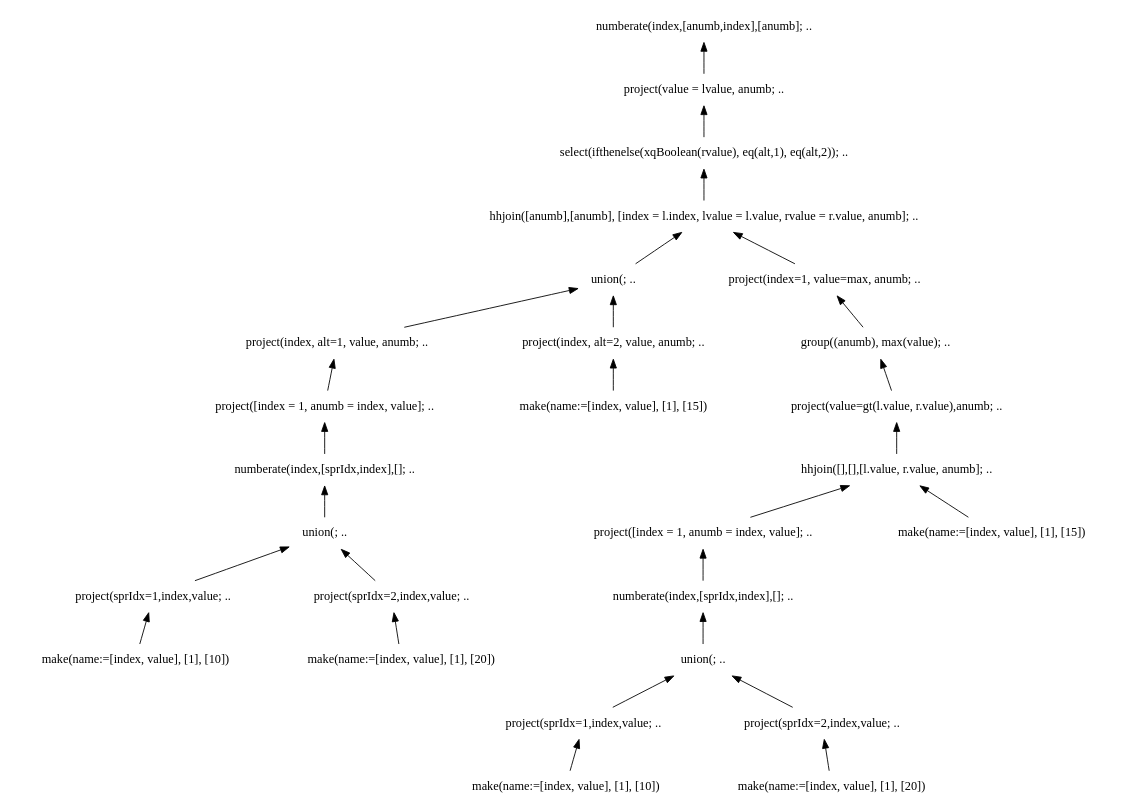
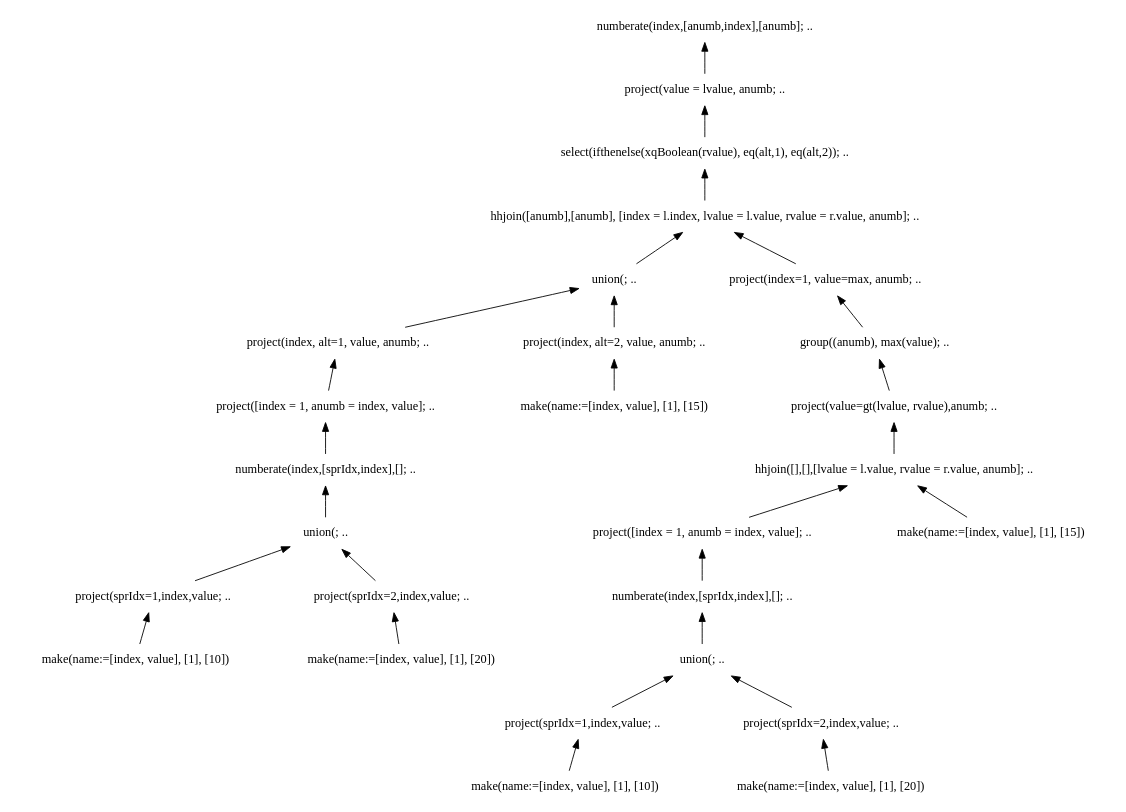
The diagram in doc/img/graphs/td_impl_flwor_ifthenelse.xq_relalg.dot (andrerav/xqft-parser), drawn with Graphviz before and after one commit. The commit also changed 2 other files, not shown here.

```diff
--- a/doc/img/graphs/td_impl_flwor_ifthenelse.xq_relalg.dot
+++ b/doc/img/graphs/td_impl_flwor_ifthenelse.xq_relalg.dot
@@ -1,58 +1,58 @@
 digraph AST {
 edge [color=black, dir=both, weight=1, fontcolor=black, arrowhead=none, arrowtail=normal]
 node [shape=plaintext]
   numberate1 -> project2
     project2 -> select3
       select3 -> hhjoin4
         hhjoin4 -> union5
           union5 -> project6
             project6 -> project7
               project7 -> numberate8
                 numberate8 -> union9
                   union9 -> project10
                     project10 -> make11
 make11 [label="make(name:=[index, value], [1], [10])"]
 project10 [label="project(sprIdx=1,index,value; .."]
                     union9 -> project12
                       project12 -> make13
 make13 [label="make(name:=[index, value], [1], [20])"]
 project12 [label="project(sprIdx=2,index,value; .."]
 union9 [label="union(; .."]
 numberate8 [label="numberate(index,[sprIdx,index],[]; .."]
 project7 [label="project([index = 1, anumb = index, value]; .."]
 project6 [label="project(index, alt=1, value, anumb; .."]
             union5 -> project14
               project14 -> make15
 make15 [label="make(name:=[index, value], [1], [15])"]
 project14 [label="project(index, alt=2, value, anumb; .."]
 union5 [label="union(; .."]
           hhjoin4 -> project16
             project16 -> group17
               group17 -> project18
                 project18 -> hhjoin19
                   hhjoin19 -> project20
                     project20 -> numberate21
                       numberate21 -> union22
                         union22 -> project23
                           project23 -> make24
 make24 [label="make(name:=[index, value], [1], [10])"]
 project23 [label="project(sprIdx=1,index,value; .."]
                           union22 -> project25
                             project25 -> make26
 make26 [label="make(name:=[index, value], [1], [20])"]
 project25 [label="project(sprIdx=2,index,value; .."]
 union22 [label="union(; .."]
 numberate21 [label="numberate(index,[sprIdx,index],[]; .."]
 project20 [label="project([index = 1, anumb = index, value]; .."]
                     hhjoin19 -> make27
 make27 [label="make(name:=[index, value], [1], [15])"]
-hhjoin19 [label="hhjoin([],[],[l.value, r.value, anumb]; .."]
-project18 [label="project(value=gt(l.value, r.value),anumb; .."]
+hhjoin19 [label="hhjoin([],[],[lvalue = l.value, rvalue = r.value, anumb]; .."]
+project18 [label="project(value=gt(lvalue, rvalue),anumb; .."]
 group17 [label="group((anumb), max(value); .."]
 project16 [label="project(index=1, value=max, anumb; .."]
 hhjoin4 [label="hhjoin([anumb],[anumb], [index = l.index, lvalue = l.value, rvalue = r.value, anumb]; .."]
 select3 [label="select(ifthenelse(xqBoolean(rvalue), eq(alt,1), eq(alt,2)); .."]
 project2 [label="project(value = lvalue, anumb; .."]
 numberate1 [label="numberate(index,[anumb,index],[anumb]; .."]
 
 }
```
